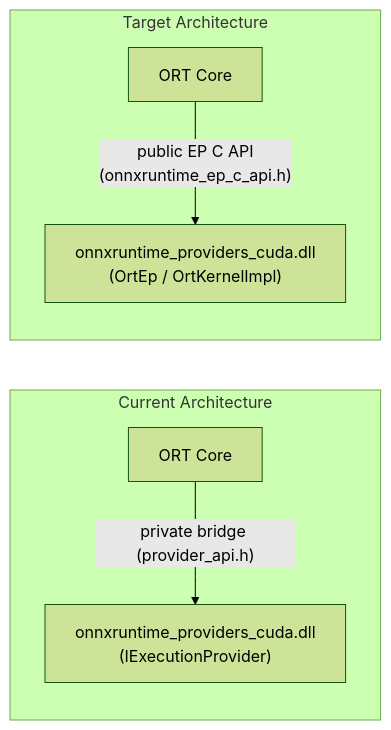
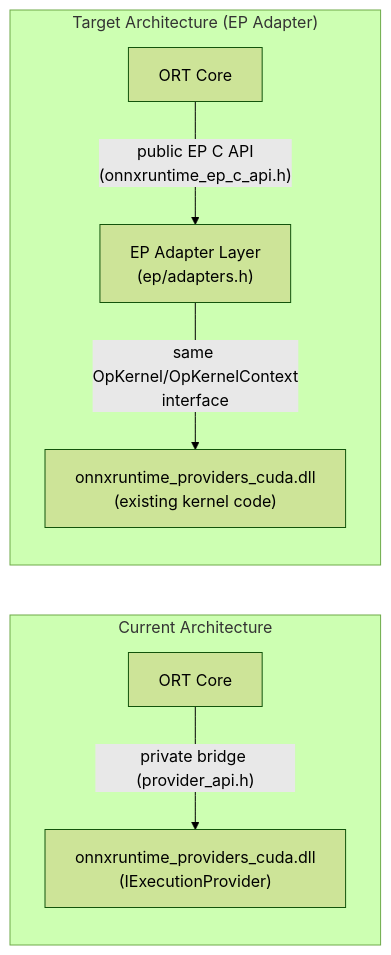
Before and after one commit to tianleiwu/onnxruntime: the first of 4 diagrams in cuda_plugin_ep/doc/cuda_plugin_ep_migration_plan.md, drawn with Mermaid (forest theme). The commit also changed other lines of this file and 4 other files, not shown here.

````diff
--- a/cuda_plugin_ep/doc/cuda_plugin_ep_migration_plan.md
+++ b/cuda_plugin_ep/doc/cuda_plugin_ep_migration_plan.md
@@ -19,9 +21,10 @@
 ```mermaid
 graph LR
     subgraph "Current Architecture"
         Core1[ORT Core] -->|"private bridge (provider_api.h)"| CUDA1["onnxruntime_providers_cuda.dll\n(IExecutionProvider)"]
     end
-    subgraph "Target Architecture"
-        Core2[ORT Core] -->|"public EP C API\n(onnxruntime_ep_c_api.h)"| CUDA2["onnxruntime_providers_cuda.dll\n(OrtEp / OrtKernelImpl)"]
+    subgraph "Target Architecture (EP Adapter)"
+        Core2[ORT Core] -->|"public EP C API\n(onnxruntime_ep_c_api.h)"| Adapter["EP Adapter Layer\n(ep/adapters.h)"]
+        Adapter -->|"same OpKernel/OpKernelContext\ninterface"| CUDA2["onnxruntime_providers_cuda.dll\n(existing kernel code)"]
     end
 ```
````
